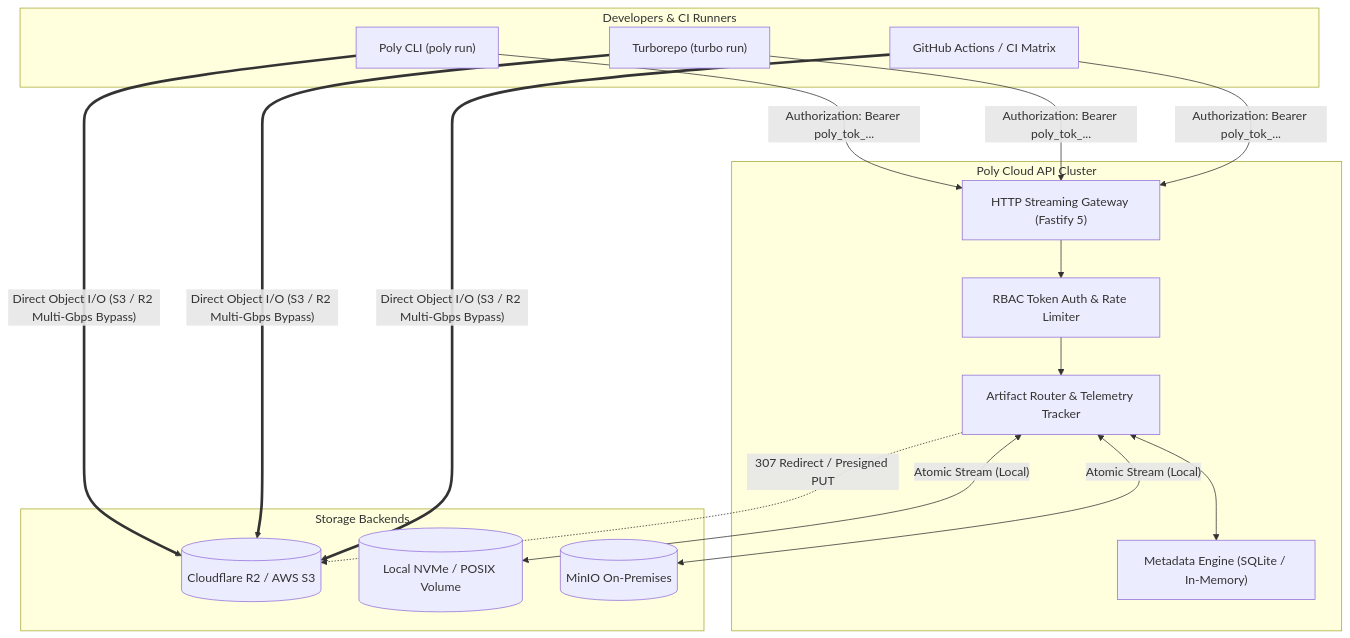
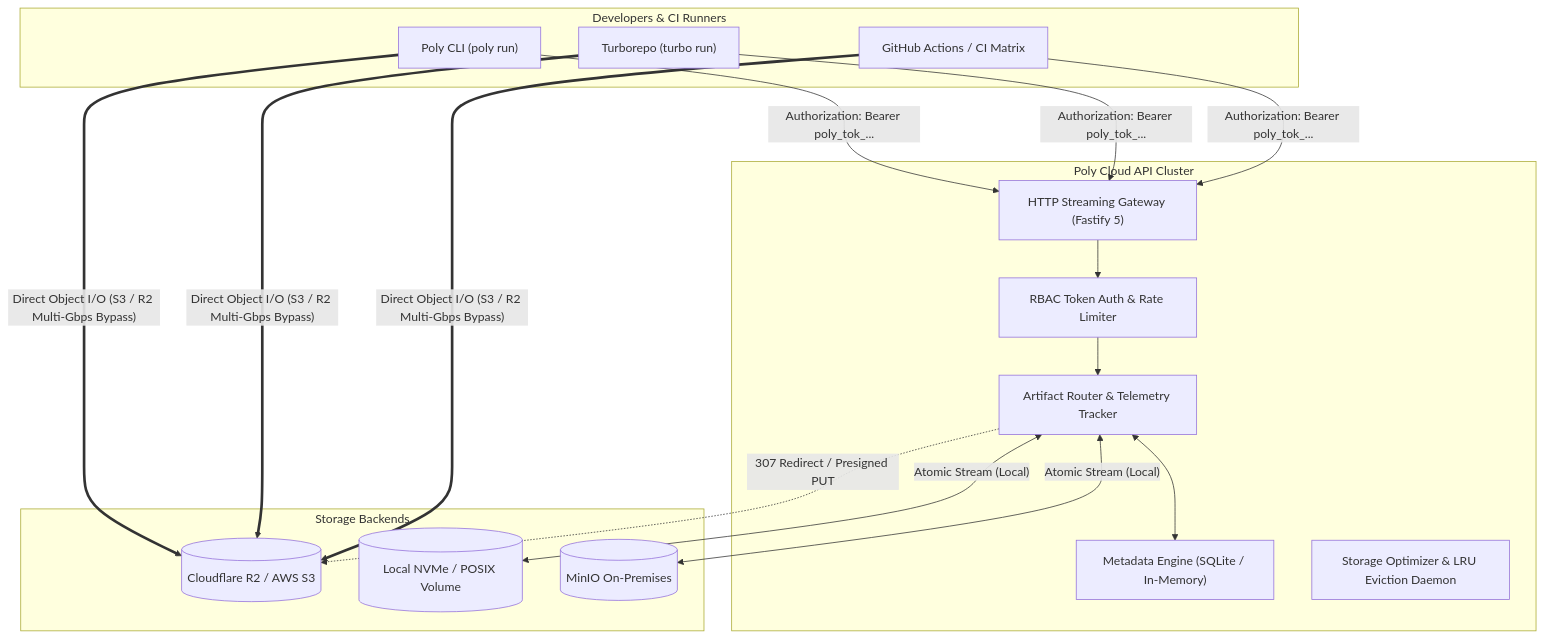
The diagram in README.md (RitualDev-Lab/poly-cloud-api), drawn with Mermaid before and after one commit. The commit also changed other lines of this file and 12 other files, not shown here.

Commit message:
feat(storage): intelligent LRU auto-eviction daemon and deduplication engine

````diff
--- a/README.md
+++ b/README.md
@@ -36,29 +37,30 @@
 ```mermaid
 flowchart TD
     subgraph Clients["Developers & CI Runners"]
         C1["Poly CLI (poly run)"]
         C2["Turborepo (turbo run)"]
         C3["GitHub Actions / CI Matrix"]
     end
 
     subgraph Server["Poly Cloud API Cluster"]
         Gateway["HTTP Streaming Gateway (Fastify 5)"]
         Auth["RBAC Token Auth & Rate Limiter"]
         Meta["Metadata Engine (SQLite / In-Memory)"]
         Routes["Artifact Router & Telemetry Tracker"]
+        Optimizer["Storage Optimizer & LRU Eviction Daemon"]
     end
 
     subgraph Storage["Storage Backends"]
         S1[("Cloudflare R2 / AWS S3")]
         S2[("Local NVMe / POSIX Volume")]
         S3[("MinIO On-Premises")]
     end
 
     C1 & C2 & C3 -->|"Authorization: Bearer poly_tok_..."| Gateway
     Gateway --> Auth
     Auth --> Routes
     Routes <--> Meta
     Routes <-->|"Atomic Stream (Local)"| S2 & S3
     Routes -.->|"307 Redirect / Presigned PUT"| S1
     C1 & C2 & C3 ==>|"Direct Object I/O (S3 / R2 Multi-Gbps Bypass)"| S1
 ```
````
